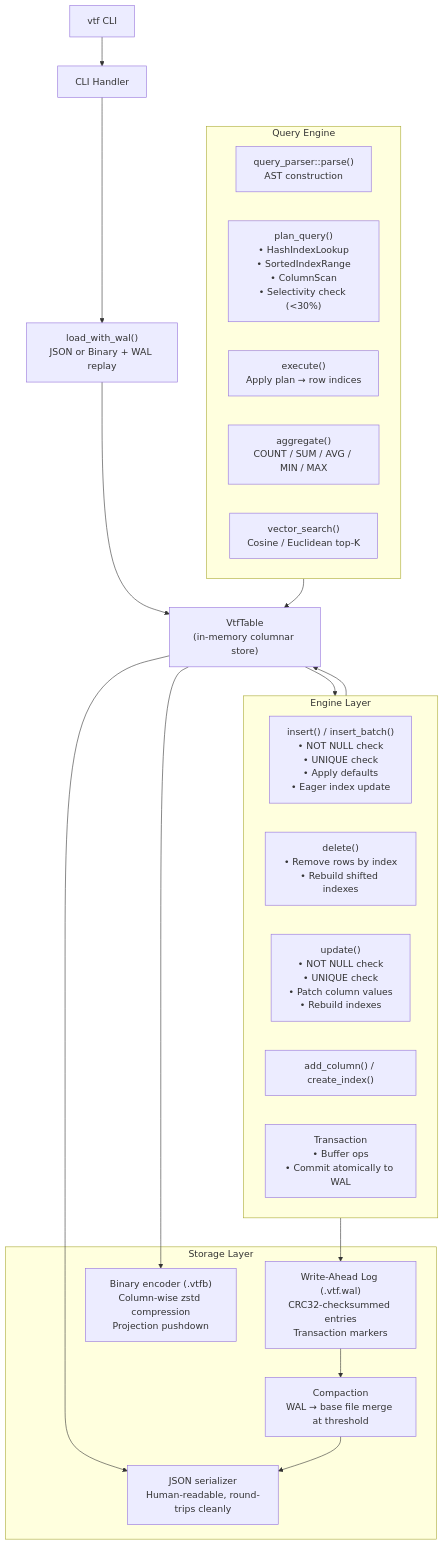
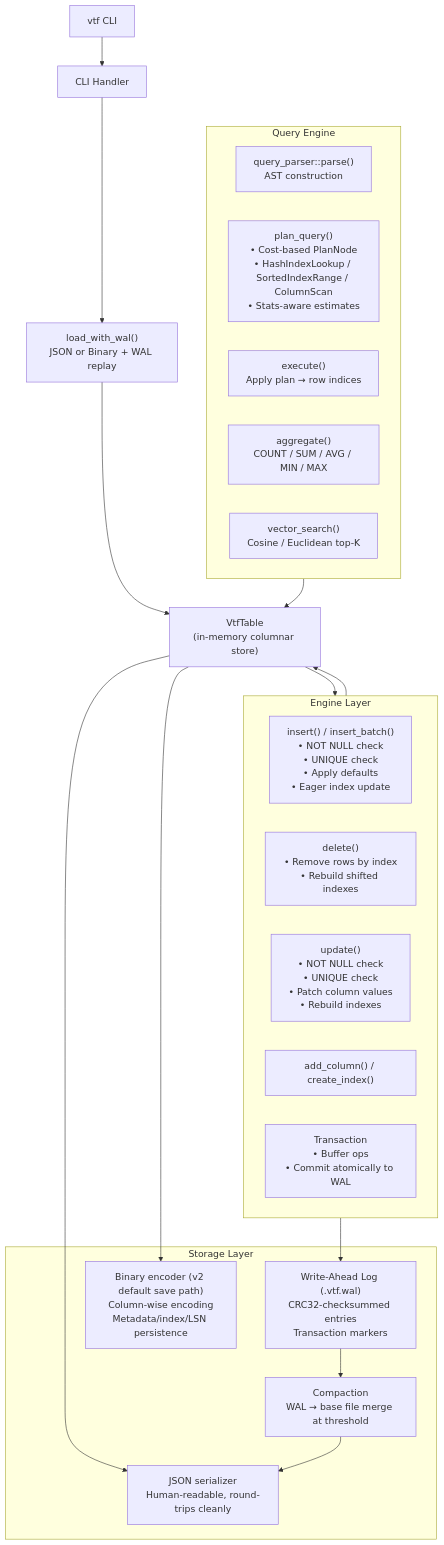
One commit to sumitabh1710/VTF-db changed the first of 4 diagrams in README.md. Above: the diagram before and after it, drawn with Mermaid. The commit also changed other lines of this file, not shown here.

````diff
--- a/README.md
+++ b/README.md
@@ -94,38 +97,38 @@
 ```mermaid
 flowchart TD
     CLI["vtf CLI"] --> Handler["CLI Handler"]
     Handler --> Load["load_with_wal()\nJSON or Binary + WAL replay"]
     Load --> Table["VtfTable\n(in-memory columnar store)"]
     Table --> Engine
 
     subgraph Engine["Engine Layer"]
         Insert["insert() / insert_batch()\n• NOT NULL check\n• UNIQUE check\n• Apply defaults\n• Eager index update"]
         Delete["delete()\n• Remove rows by index\n• Rebuild shifted indexes"]
         Update["update()\n• NOT NULL check\n• UNIQUE check\n• Patch column values\n• Rebuild indexes"]
         Schema["add_column() / create_index()"]
         Txn["Transaction\n• Buffer ops\n• Commit atomically to WAL"]
     end
 
     subgraph Query["Query Engine"]
         Parser["query_parser::parse()\nAST construction"]
-        Planner["plan_query()\n• HashIndexLookup\n• SortedIndexRange\n• ColumnScan\n• Selectivity check (<30%)"]
+        Planner["plan_query()\n• Cost-based PlanNode\n• HashIndexLookup / SortedIndexRange / ColumnScan\n• Stats-aware estimates"]
         Executor["execute()\nApply plan → row indices"]
         Agg["aggregate()\nCOUNT / SUM / AVG / MIN / MAX"]
         Vector["vector_search()\nCosine / Euclidean top-K"]
     end
 
     subgraph Storage["Storage Layer"]
         WAL["Write-Ahead Log (.vtf.wal)\nCRC32-checksummed entries\nTransaction markers"]
-        Binary["Binary encoder (.vtfb)\nColumn-wise zstd compression\nProjection pushdown"]
+        Binary["Binary encoder (v2 default save path)\nColumn-wise encoding\nMetadata/index/LSN persistence"]
         JSON["JSON serializer\nHuman-readable, round-trips cleanly"]
         Compact["Compaction\nWAL → base file merge at threshold"]
     end
 
     Engine --> WAL
     Engine --> Table
     Query --> Table
     Table --> JSON
     Table --> Binary
     WAL --> Compact
     Compact --> JSON
 ```
````
